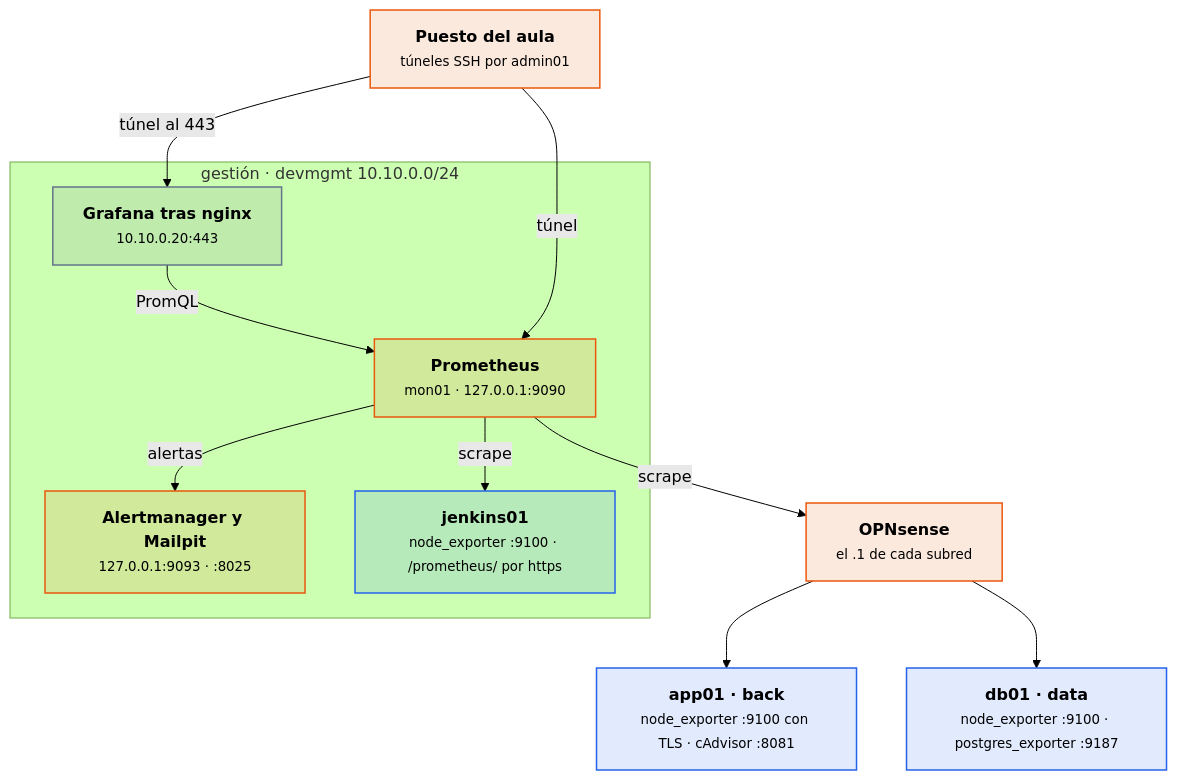
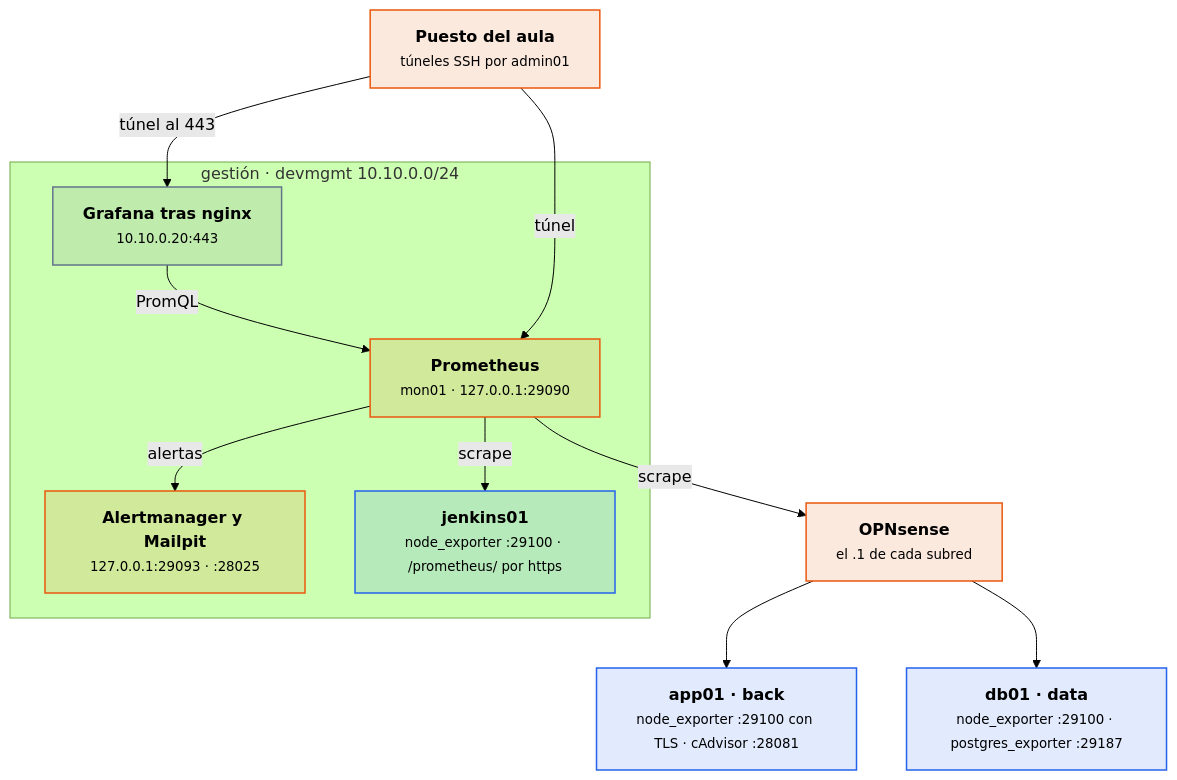
The second of 2 diagrams in docs/ut/ut7-monitorizacion.md (victor-educ/apuntes-5166), drawn with Mermaid (forest theme) before and after one commit. The commit also changed other lines of this file and 12 other files, not shown here.

````diff
--- a/docs/ut/ut7-monitorizacion.md
+++ b/docs/ut/ut7-monitorizacion.md
@@ -112,24 +112,24 @@
 ```mermaid
 flowchart TB
     OPS["<b>Puesto del aula</b><br><small>túneles SSH por admin01</small>"]:::act
     subgraph gestion["gestión · devmgmt 10.10.0.0/24"]
-        P["<b>Prometheus</b><br><small>mon01 · 127.0.0.1:9090</small>"]:::act
-        AM["<b>Alertmanager y Mailpit</b><br><small>127.0.0.1:9093 · :8025</small>"]:::act
+        P["<b>Prometheus</b><br><small>mon01 · 127.0.0.1:29090</small>"]:::act
+        AM["<b>Alertmanager y Mailpit</b><br><small>127.0.0.1:29093 · :28025</small>"]:::act
         G["<b>Grafana tras nginx</b><br><small>10.10.0.20:443</small>"]:::pieza
-        J["<b>jenkins01</b><br><small>node_exporter :9100 · /prometheus/ por https</small>"]:::dato
+        J["<b>jenkins01</b><br><small>node_exporter :29100 · /prometheus/ por https</small>"]:::dato
     end
     FW["<b>OPNsense</b><br><small>el .1 de cada subred</small>"]:::act
-    A["<b>app01 · back</b><br><small>node_exporter :9100 con TLS · cAdvisor :8081</small>"]:::dato
-    D["<b>db01 · data</b><br><small>node_exporter :9100 · postgres_exporter :9187</small>"]:::dato
+    A["<b>app01 · back</b><br><small>node_exporter :29100 con TLS · cAdvisor :28081</small>"]:::dato
+    D["<b>db01 · data</b><br><small>node_exporter :29100 · postgres_exporter :29187</small>"]:::dato
     P -- scrape --> J
     P -- scrape --> FW
     FW --> A
     FW --> D
     P -- alertas --> AM
     G -- PromQL --> P
     OPS -- túnel --> P
     OPS -- túnel al 443 --> G
     classDef act fill:#ea580c22,stroke:#ea580c,stroke-width:1.5px
     classDef pieza fill:#64748b22,stroke:#64748b,stroke-width:1.5px
     classDef dato fill:#2563eb22,stroke:#2563eb,stroke-width:1.5px
 ```
````
